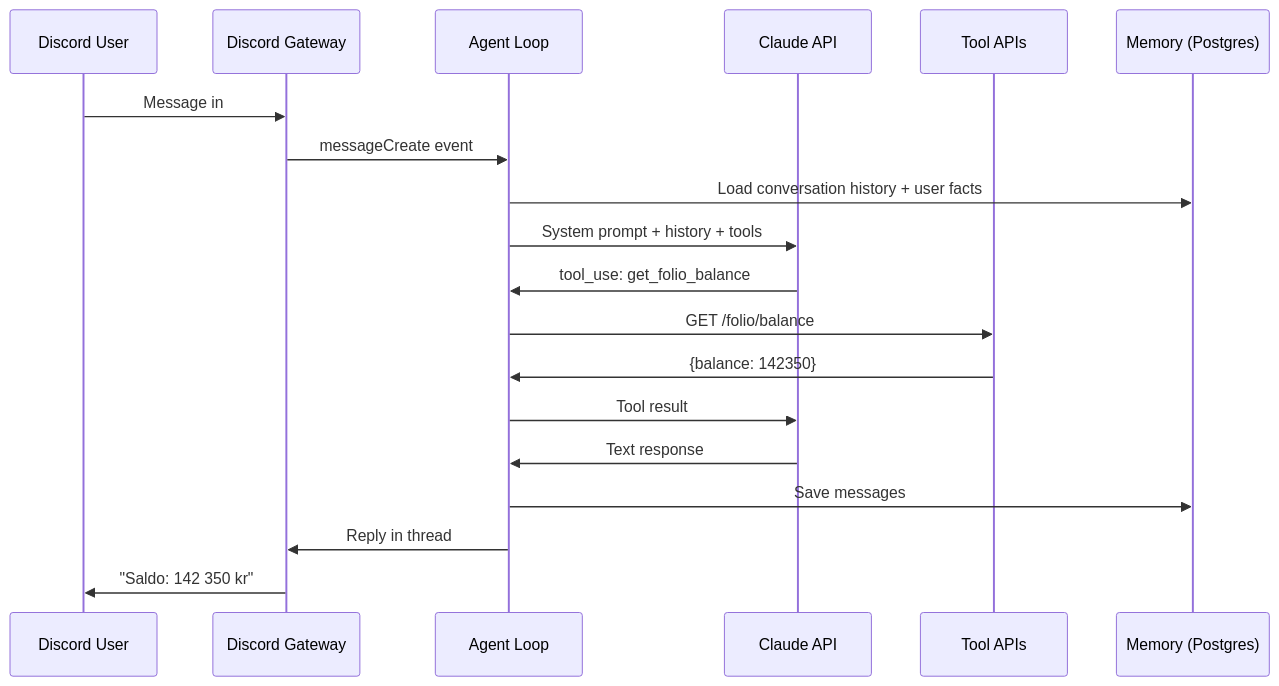
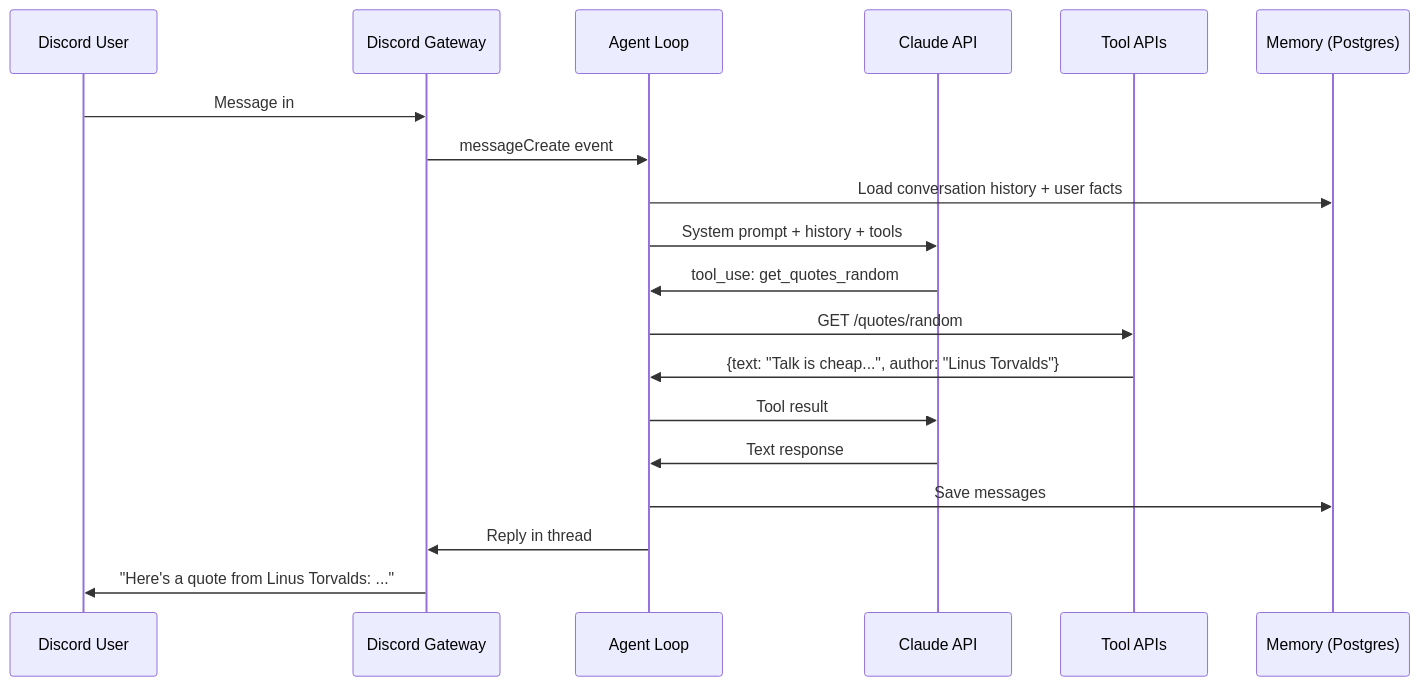
Before and after one commit to Stig-Johnny/automate-e: the diagram in docs/index.md, drawn with Mermaid. The commit also changed other lines of this file and 13 other files, not shown here.

````diff
--- a/docs/index.md
+++ b/docs/index.md
@@ -29,22 +29,22 @@
 ```mermaid
 sequenceDiagram
     participant U as Discord User
     participant G as Discord Gateway
     participant A as Agent Loop
     participant C as Claude API
     participant T as Tool APIs
     participant M as Memory (Postgres)
 
-    U->>G: Message in #invoices
+    U->>G: Message in #example-e
     G->>A: messageCreate event
     A->>M: Load conversation history + user facts
     A->>C: System prompt + history + tools
-    C->>A: tool_use: get_folio_balance
-    A->>T: GET /folio/balance
-    T->>A: {balance: 142350}
+    C->>A: tool_use: get_quotes_random
+    A->>T: GET /quotes/random
+    T->>A: {text: "Talk is cheap...", author: "Linus Torvalds"}
     A->>C: Tool result
     C->>A: Text response
     A->>M: Save messages
     A->>G: Reply in thread
-    G->>U: "Saldo: 142 350 kr"
+    G->>U: "Here's a quote from Linus Torvalds: ..."
 ```
````
